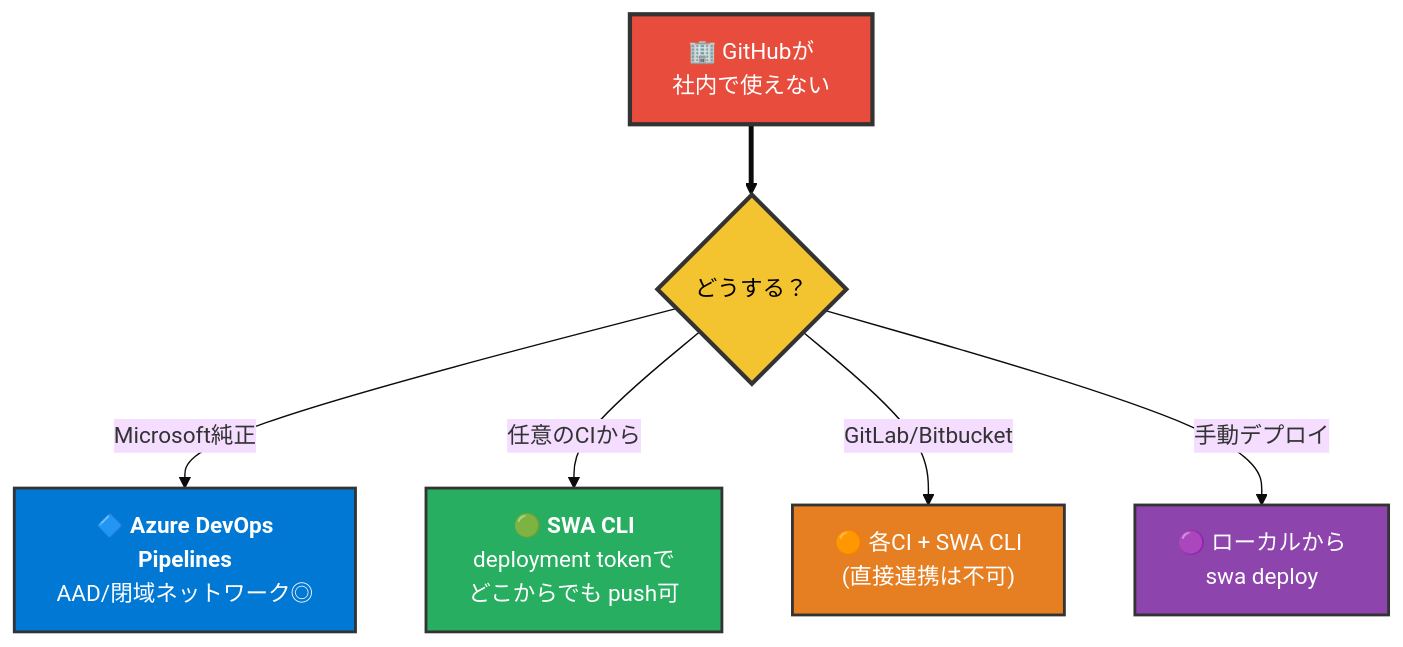
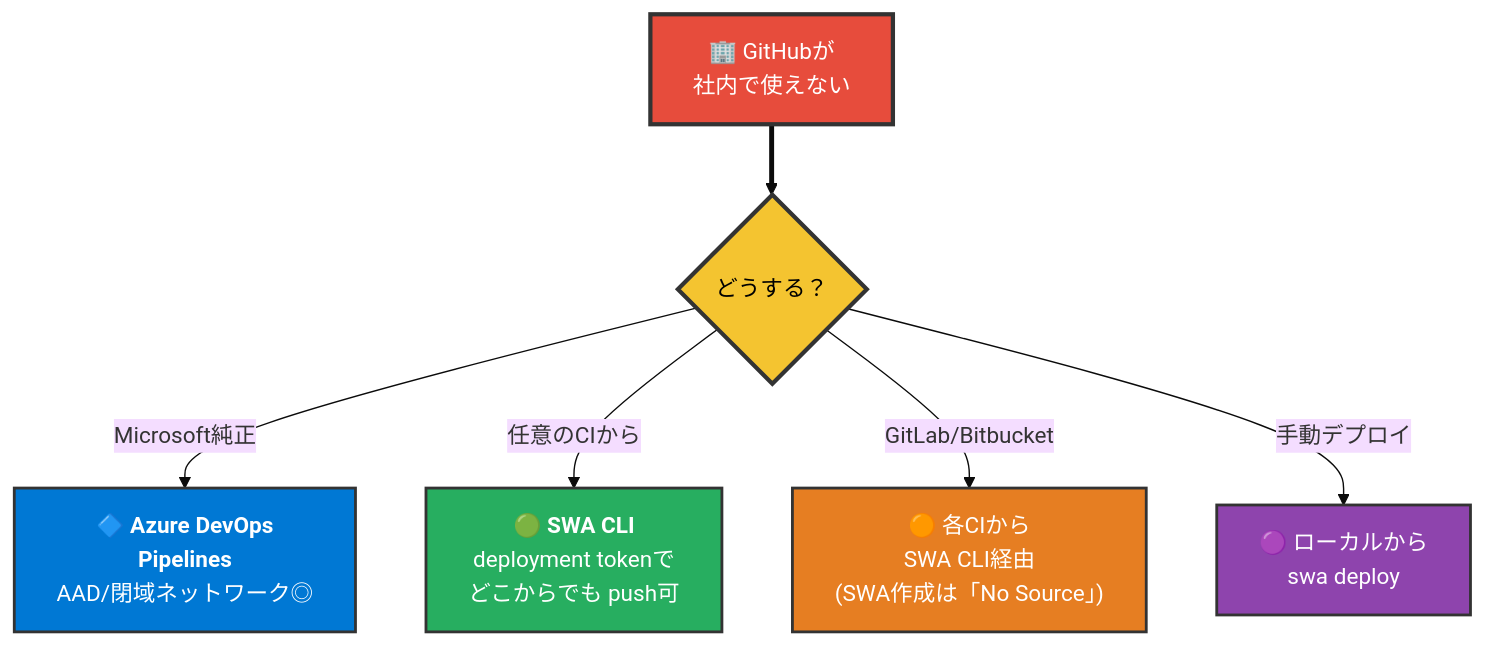
Before and after one commit to kasuyaofcb/tech_docs: diagram 18 of 29 in azure/azure.md, drawn with Mermaid (base theme). The commit also changed other lines of this file, not shown here.

````diff
--- a/azure/azure.md
+++ b/azure/azure.md
@@ -493,16 +493,16 @@
 ```mermaid
 flowchart TB
     Q["🏢 GitHubが<br/>社内で使えない"] ==> Q1{"どうする？"}
 
     Q1 -->|"Microsoft純正"| P1["🔷 <b>Azure DevOps<br/>Pipelines</b><br/>AAD/閉域ネットワーク◎"]
     Q1 -->|"任意のCIから"| P2["🟢 <b>SWA CLI</b><br/>deployment tokenで<br/>どこからでも push可"]
-    Q1 -->|"GitLab/Bitbucket"| P3["🟠 各CI + SWA CLI<br/>(直接連携は不可)"]
+    Q1 -->|"GitLab/Bitbucket"| P3["🟠 各CIから<br/>SWA CLI経由<br/>(SWA作成は「No Source」)"]
     Q1 -->|"手動デプロイ"| P4["🟣 ローカルから<br/>swa deploy"]
 
     style Q fill:#E74C3C,color:#FFFFFF,stroke:#333,stroke-width:3px
     style Q1 fill:#F4C430,color:#000,stroke:#333,stroke-width:3px
     style P1 fill:#0078D4,color:#FFFFFF,stroke:#333,stroke-width:2px
     style P2 fill:#27AE60,color:#FFFFFF,stroke:#333,stroke-width:2px
     style P3 fill:#E67E22,color:#FFFFFF,stroke:#333,stroke-width:2px
     style P4 fill:#8E44AD,color:#FFFFFF,stroke:#333,stroke-width:2px
 ```
````
